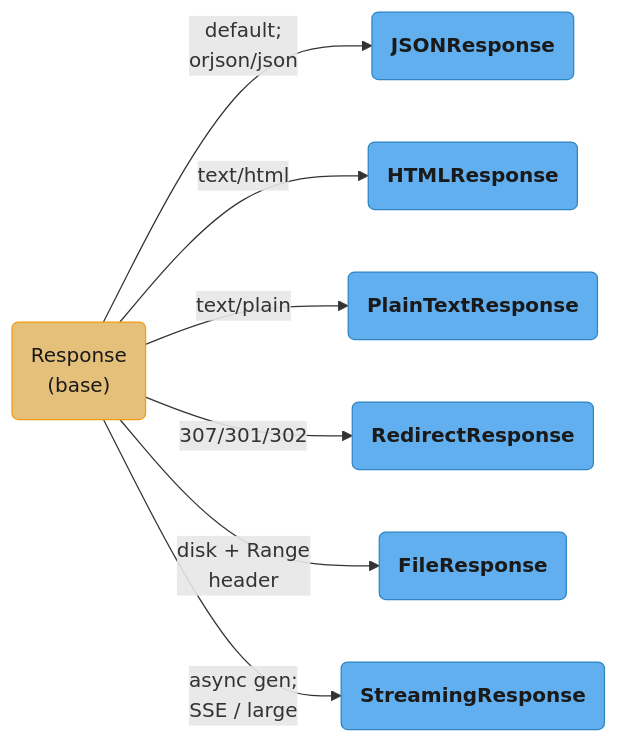
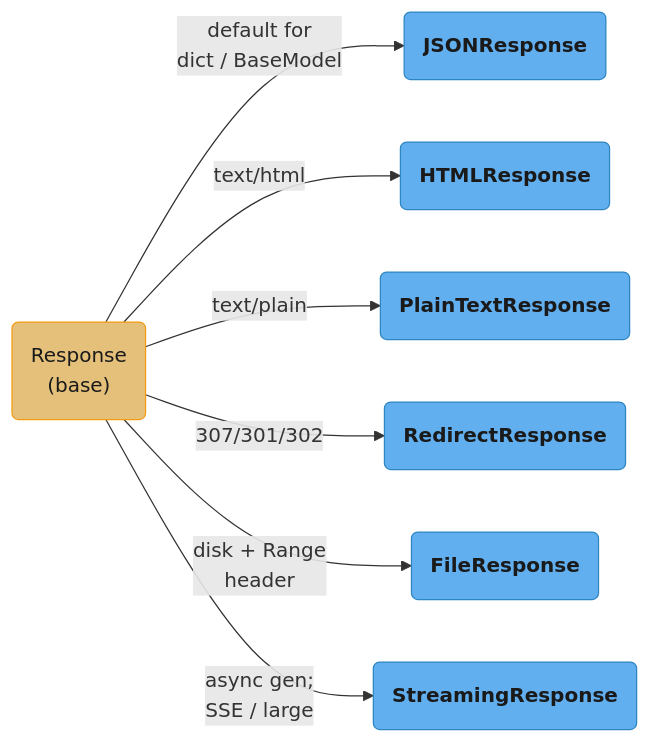
The first of 6 diagrams in src/main/java/com/rutik/systemdesign/fastapi/fastapi_fundamentals_asgi/README.md (rppol/system-design), drawn with Mermaid before and after one commit. The commit also changed other lines of this file and 3 other files, not shown here.

````diff
--- a/src/main/java/com/rutik/systemdesign/fastapi/fastapi_fundamentals_asgi/README.md
+++ b/src/main/java/com/rutik/systemdesign/fastapi/fastapi_fundamentals_asgi/README.md
@@ -100,28 +100,28 @@
 ```mermaid
 flowchart LR
     classDef io      fill:#61afef,stroke:#2e86c1,color:#1a1a1a,font-weight:bold
     classDef frozen  fill:#c678dd,stroke:#9b59b6,color:#fff
     classDef train   fill:#98c379,stroke:#27ae60,color:#1a1a1a
     classDef mathOp  fill:#d19a66,stroke:#e67e22,color:#1a1a1a,font-weight:bold
     classDef lossN   fill:#e06c75,stroke:#c0392b,color:#fff,font-weight:bold
     classDef req     fill:#56b6c2,stroke:#0097a7,color:#1a1a1a
     classDef base    fill:#e5c07b,stroke:#f39c12,color:#1a1a1a
 
     respBase("Response<br/>(base)")
     json("JSONResponse")
     html("HTMLResponse")
     plain("PlainTextResponse")
     redirect("RedirectResponse")
     file("FileResponse")
     stream("StreamingResponse")
 
-    respBase -->|"default;<br/>orjson/json"| json
+    respBase -->|"default for<br/>dict / BaseModel"| json
     respBase -->|"text/html"| html
     respBase -->|"text/plain"| plain
     respBase -->|"307/301/302"| redirect
     respBase -->|"disk + Range<br/>header"| file
     respBase -->|"async gen;<br/>SSE / large"| stream
 
     class respBase base
     class json,html,plain,redirect,file,stream io
 ```
````
